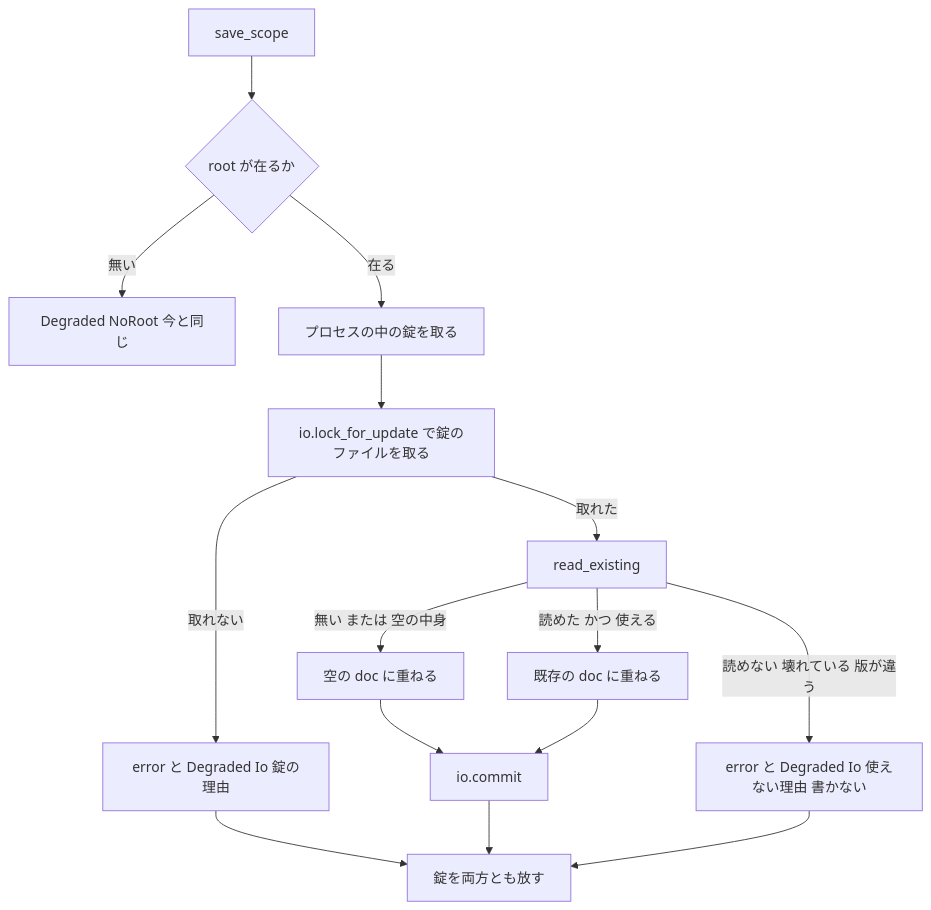
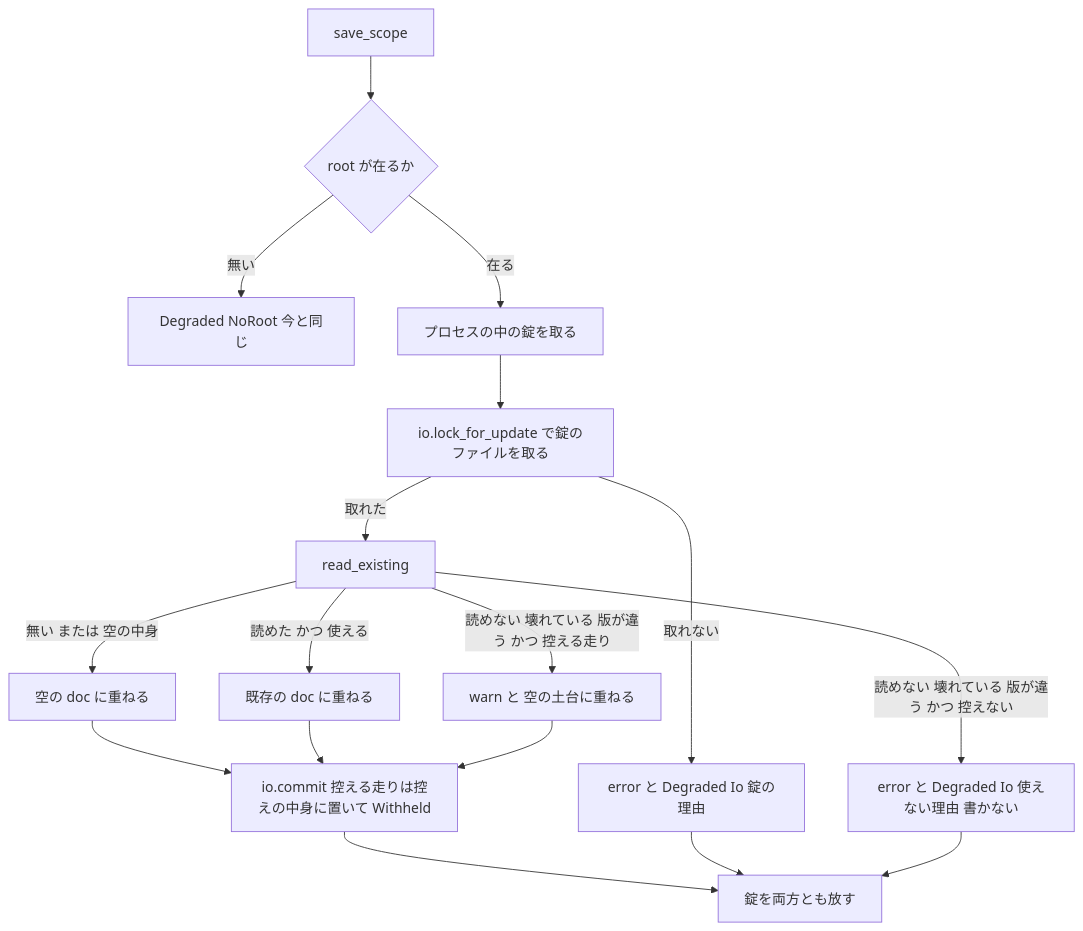
The diagram in .kiro/specs/audit-sylphya-actor/design.md (ekicyou/areka), drawn with Mermaid before and after one commit. The commit also changed other lines of this file and 8 other files, not shown here.

````diff
--- a/.kiro/specs/audit-sylphya-actor/design.md
+++ b/.kiro/specs/audit-sylphya-actor/design.md
@@ -141,17 +141,19 @@
 ```mermaid
 flowchart TD
     S[save_scope] --> R{root が在るか}
     R -- 無い --> D1[Degraded NoRoot 今と同じ]
     R -- 在る --> G[プロセスの中の錠を取る]
     G --> L[io.lock_for_update で錠のファイルを取る]
     L -- 取れない --> D2[error と Degraded Io 錠の理由]
     L -- 取れた --> E[read_existing]
     E -- 無い または 空の中身 --> M[空の doc に重ねる]
     E -- 読めた かつ 使える --> M2[既存の doc に重ねる]
-    E -- 読めない 壊れている 版が違う --> D3[error と Degraded Io 使えない理由 書かない]
-    M --> C[io.commit]
+    E -- 読めない 壊れている 版が違う かつ 控えない --> D3[error と Degraded Io 使えない理由 書かない]
+    E -- 読めない 壊れている 版が違う かつ 控える走り --> W[warn と 空の土台に重ねる]
+    M --> C[io.commit 控える走りは控えの中身に置いて Withheld]
     M2 --> C
     C --> X[錠を両方とも放す]
     D2 --> X
     D3 --> X
+    W --> C
 ```
````
